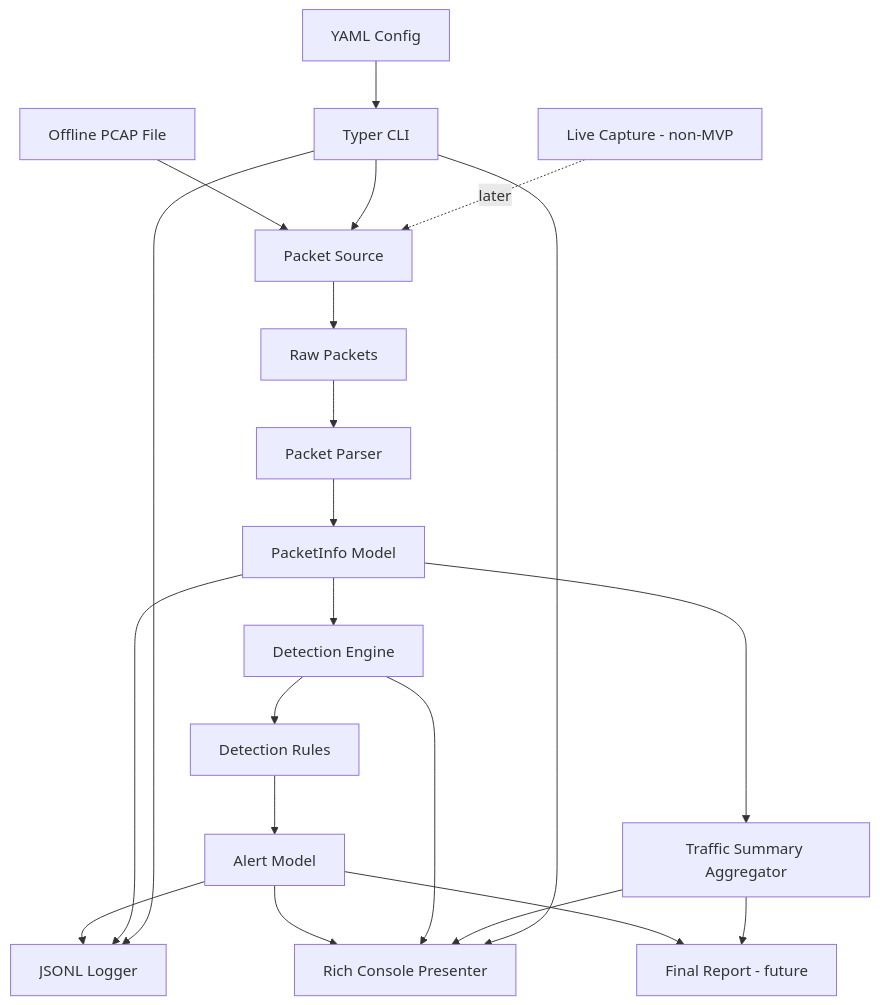
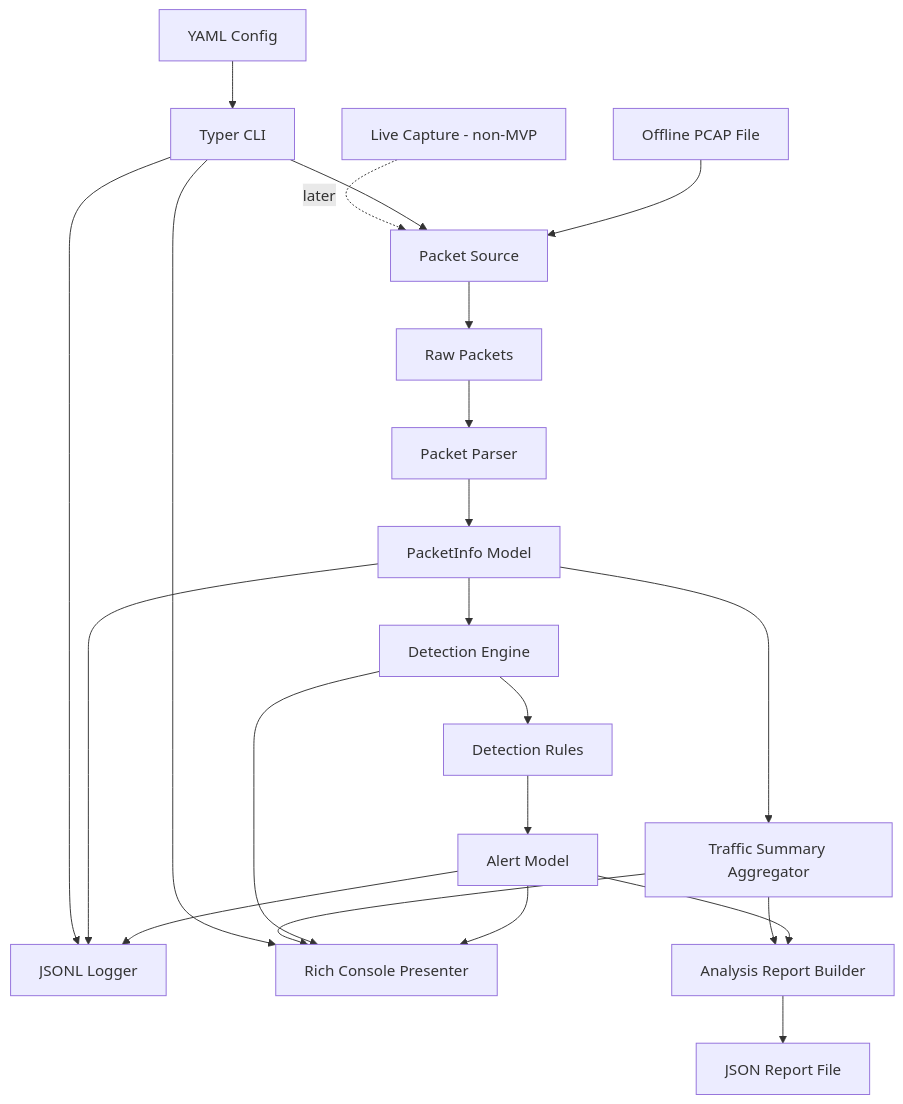
Before and after one commit to alopes0905/mini-ids-network-monitor: the diagram in docs/architecture.md, drawn with Mermaid. The commit also changed other lines of this file and 7 other files, not shown here.

First line of the commit message:
feat: add JSON analysis reports

````diff
--- a/docs/architecture.md
+++ b/docs/architecture.md
@@ -259,24 +268,25 @@
 ```mermaid
 flowchart TD
     A[Offline PCAP File] --> B[Packet Source]
     B --> C[Raw Packets]
     C --> D[Packet Parser]
     D --> E[PacketInfo Model]
     E --> F[Detection Engine]
     F --> G[Detection Rules]
     G --> H[Alert Model]
     H --> I[JSONL Logger]
     E --> I
     H --> J[Rich Console Presenter]
     F --> J
     E --> K[Traffic Summary Aggregator]
     K --> J
-    H --> O[Final Report - future]
+    H --> O[Analysis Report Builder]
     K --> O
+    O --> P[JSON Report File]
     N[Typer CLI] --> B
     N --> I
     N --> J
     M[YAML Config] --> N
 
     L[Live Capture - non-MVP] -. later .-> B
 ```
````
